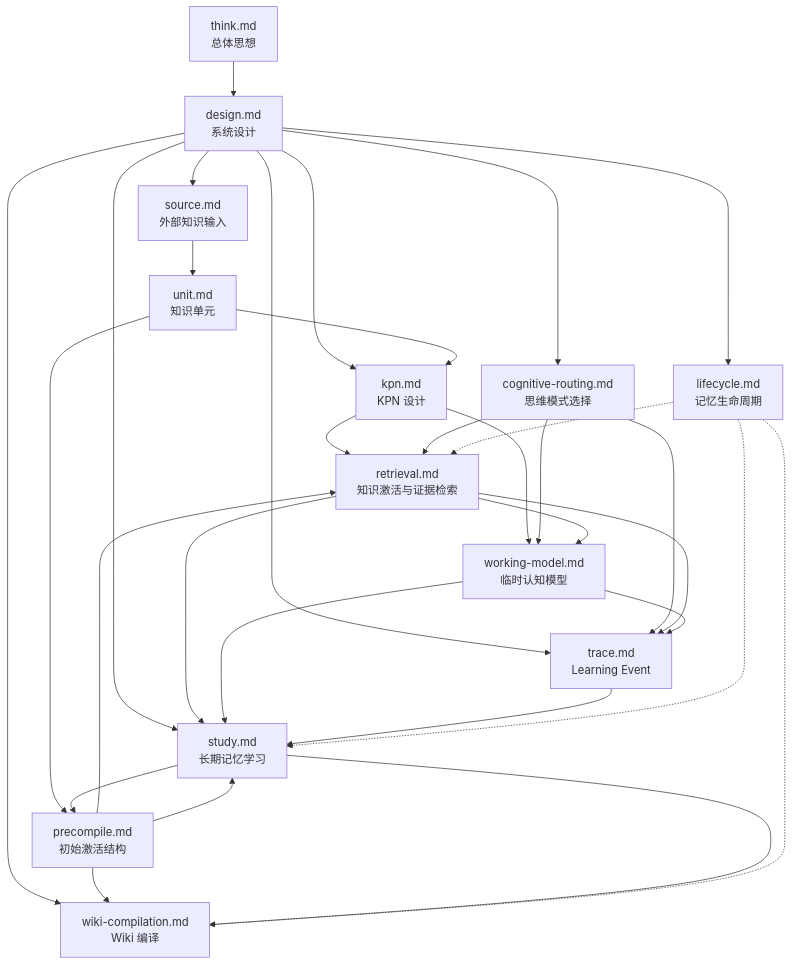
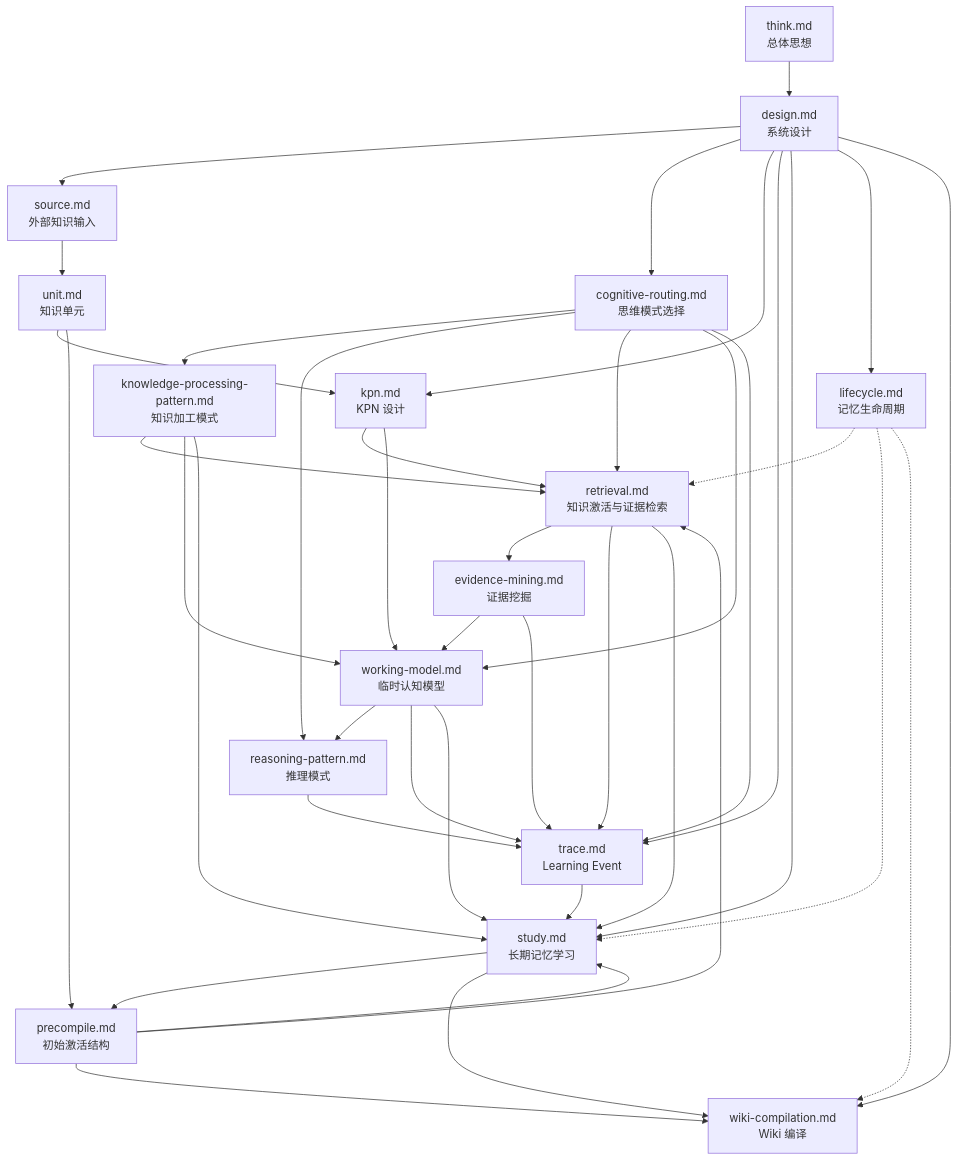
Before and after one commit to xman1978/wiki-brain: the diagram in docs/design/readme.md, drawn with Mermaid. The commit also changed other lines of this file and 73 other files, not shown here.

````diff
--- a/docs/design/readme.md
+++ b/docs/design/readme.md
@@ -47,59 +53,74 @@
 ```mermaid
 flowchart TB
   think["think.md<br/>总体思想"]
   design["design.md<br/>系统设计"]
 
   source["source.md<br/>外部知识输入"]
   unit["unit.md<br/>知识单元"]
   kpn["kpn.md<br/>KPN 设计"]
   precompile["precompile.md<br/>初始激活结构"]
 
   routing["cognitive-routing.md<br/>思维模式选择"]
+  kpp["knowledge-processing-pattern.md<br/>知识加工模式"]
   retrieval["retrieval.md<br/>知识激活与证据检索"]
+  mining["evidence-mining.md<br/>证据挖掘"]
   working["working-model.md<br/>临时认知模型"]
+  rp["reasoning-pattern.md<br/>推理模式"]
 
   trace["trace.md<br/>Learning Event"]
   study["study.md<br/>长期记忆学习"]
   lifecycle["lifecycle.md<br/>记忆生命周期"]
   wiki["wiki-compilation.md<br/>Wiki 编译"]
 
   think --> design
 
   design --> source
   design --> routing
   design --> kpn
   design --> trace
   design --> study
   design --> lifecycle
   design --> wiki
 
   source --> unit
   unit --> kpn
   unit --> precompile
   kpn --> retrieval
   kpn --> working
 
   precompile --> retrieval
   precompile --> study
   precompile --> wiki
 
+  routing --> kpp
+  routing --> rp
   routing --> retrieval
   routing --> working
   routing --> trace
 
-  retrieval --> working
+  kpp --> retrieval
+  kpp --> working
+  kpp --> study
+
+  retrieval --> mining
   retrieval --> trace
   retrieval --> study
+
+  mining --> working
+  mining --> trace
+
+  working --> rp
+  rp --> trace
 
   working --> trace
   working --> study
 
   trace --> study
 
   study --> precompile
   study --> wiki
 
   lifecycle -.-> retrieval
   lifecycle -.-> study
   lifecycle -.-> wiki
 ```
````
